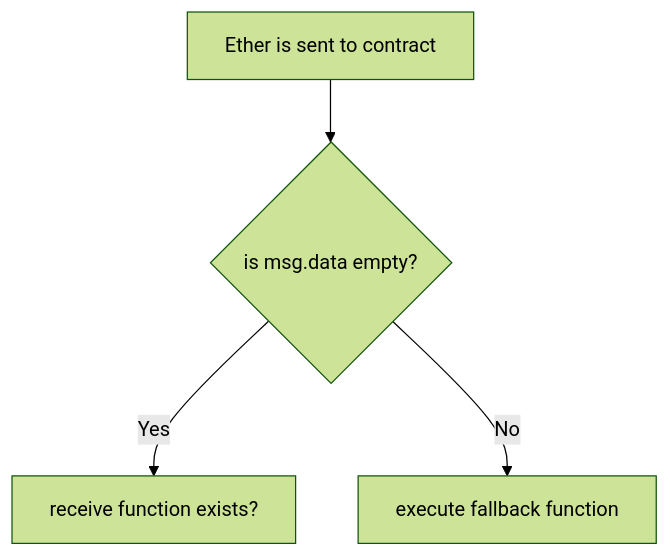
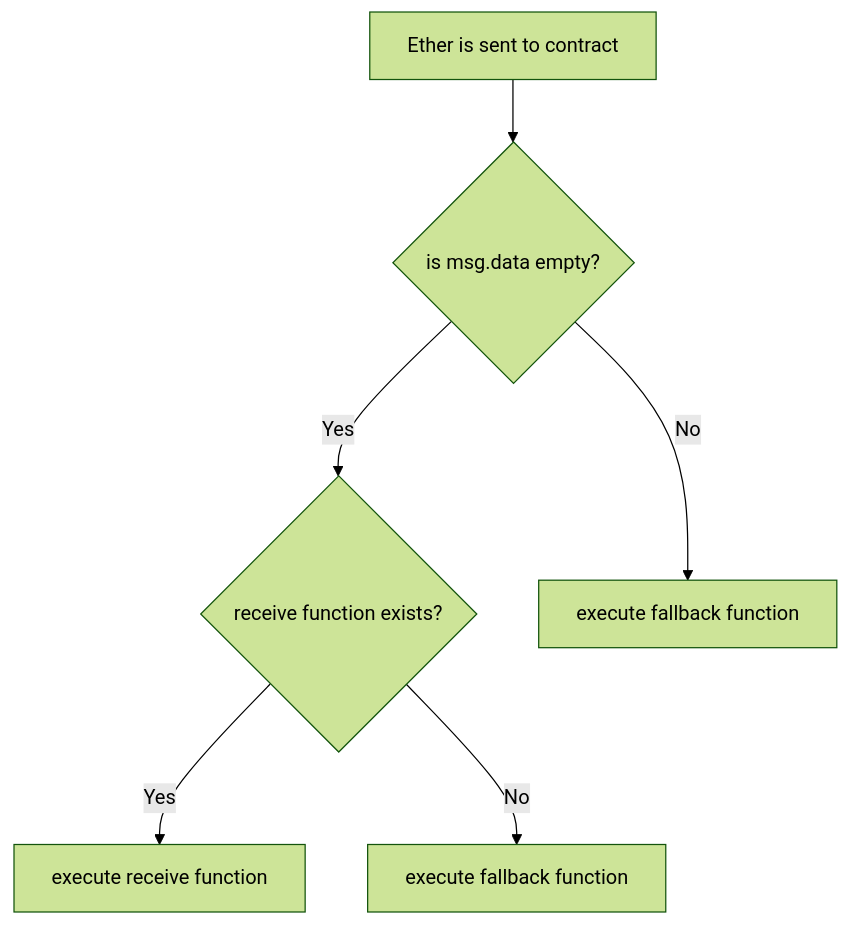
One commit to WeiYun0912/SmartContracts changed the diagram in README.md. Above: the diagram before and after it, drawn with Mermaid (forest theme).

````diff
--- a/README.md
+++ b/README.md
@@ -7,6 +7,8 @@
 ```mermaid
   flowchart TD
       A[Ether is sent to contract]-->B{is msg.data empty?};
-      B -- Yes --> C[receive function exists?];
+      B -- Yes --> C{receive function exists?};
       B -- No --> D[execute fallback function];
+      C -- Yes --> E[execute receive function];
+      C -- No --> F[execute fallback function];
 ```
````
